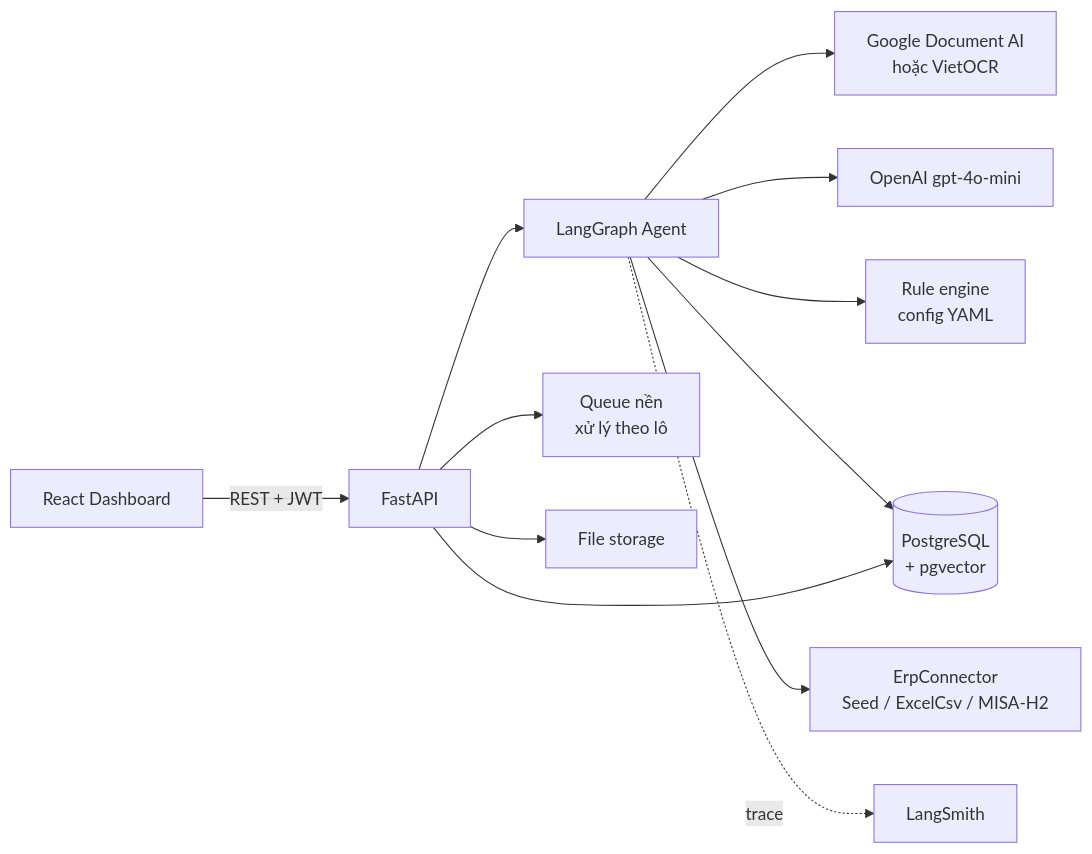
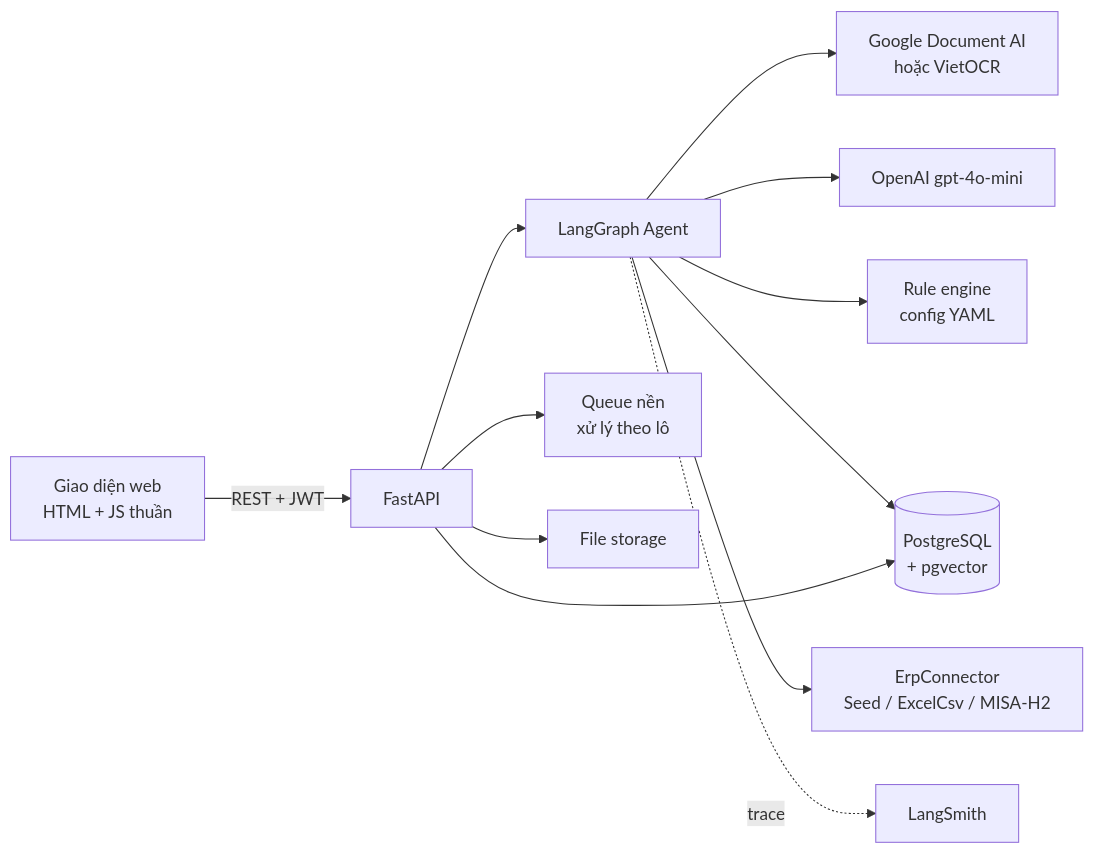
Before and after one commit to kamitoznguyen-collab/Fantastic4-BuildPhase: the second of 2 diagrams in docs/BRIEF_v3.md, drawn with Mermaid. The commit also changed other lines of this file and 4 other files, not shown here.

````diff
--- a/docs/BRIEF_v3.md
+++ b/docs/BRIEF_v3.md
@@ -192,14 +192,14 @@
 ```mermaid
 graph LR
-    UI[React Dashboard] -->|REST + JWT| API[FastAPI]
+    UI[Giao diện web<br/>HTML + JS thuần] -->|REST + JWT| API[FastAPI]
     API --> G[LangGraph Agent]
     API --> Q[Queue nền<br/>xử lý theo lô]
     G --> OCR[Google Document AI<br/>hoặc VietOCR]
     G --> LLM[OpenAI gpt-4o-mini]
     G --> R[Rule engine<br/>config YAML]
     G --> DB[(PostgreSQL<br/>+ pgvector)]
     G --> CN[ErpConnector<br/>Seed / ExcelCsv / MISA-H2]
     API --> DB
     API --> FS[File storage]
     G -.trace.-> LS[LangSmith]
 ```
````
